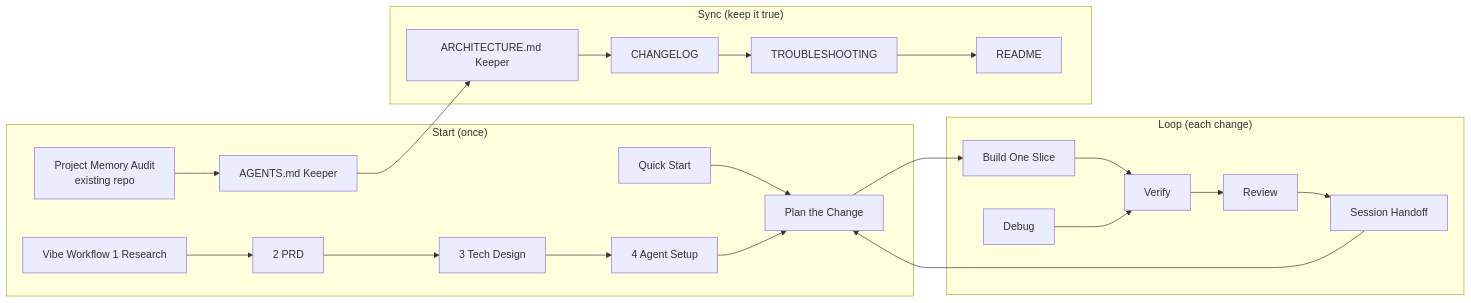
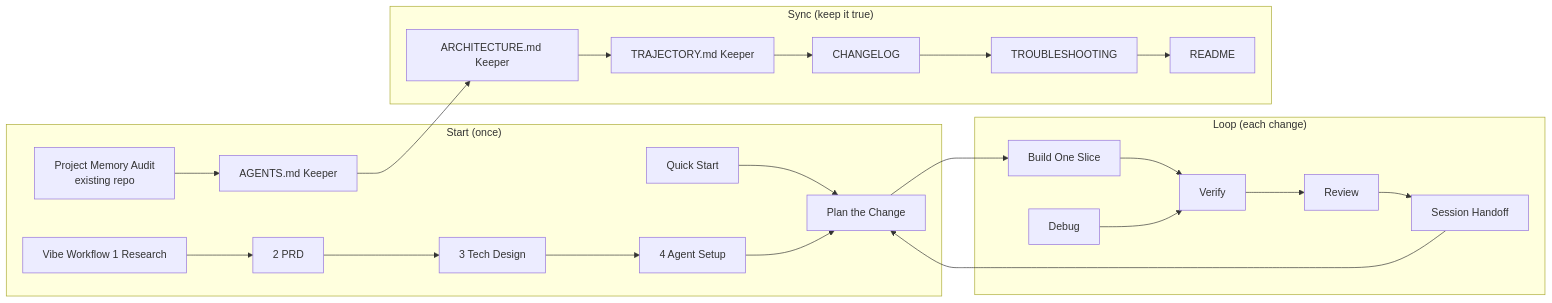
The diagram in docs/vibe-coding-system.md (achma-learning/prompt-genius), drawn with Mermaid before and after one commit. The commit also changed other lines of this file and 41 other files, not shown here.

````diff
--- a/docs/vibe-coding-system.md
+++ b/docs/vibe-coding-system.md
@@ -52,16 +52,16 @@
 ```mermaid
 flowchart LR
   subgraph Start["Start (once)"]
     QS[Quick Start] --> PC
     R[Vibe Workflow 1 Research] --> P[2 PRD] --> T[3 Tech Design] --> A[4 Agent Setup] --> PC
     AU[Project Memory Audit<br/>existing repo] --> AS
   end
   subgraph Loop["Loop (each change)"]
     PC[Plan the Change] --> B[Build One Slice] --> V[Verify] --> RV[Review] --> H
     D[Debug] --> V
   end
   subgraph Sync["Sync (keep it true)"]
     H[Session Handoff] --> PC
-    AS[AGENTS.md Keeper] --> AR[ARCHITECTURE.md Keeper] --> CL[CHANGELOG] --> TS[TROUBLESHOOTING] --> RM[README]
+    AS[AGENTS.md Keeper] --> AR[ARCHITECTURE.md Keeper] --> TJ[TRAJECTORY.md Keeper] --> CL[CHANGELOG] --> TS[TROUBLESHOOTING] --> RM[README]
   end
 ```
````
